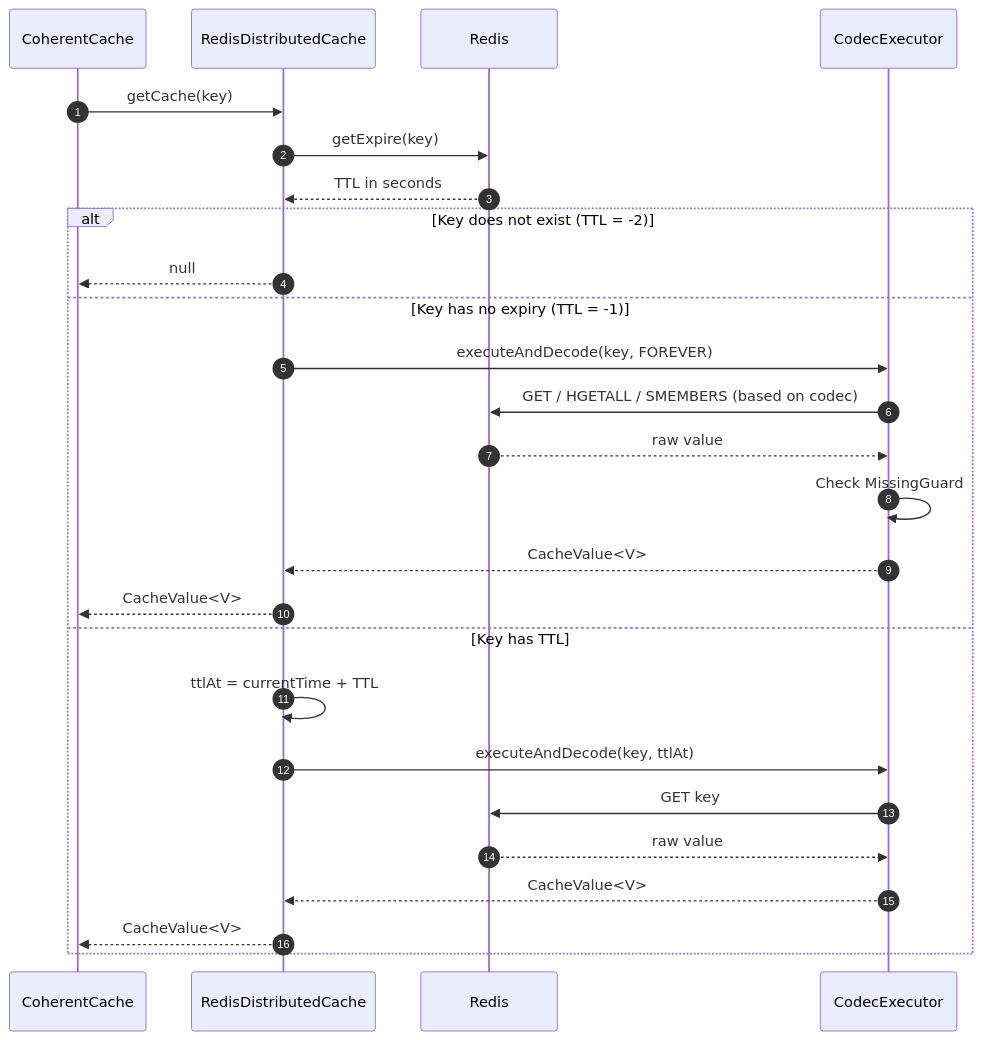
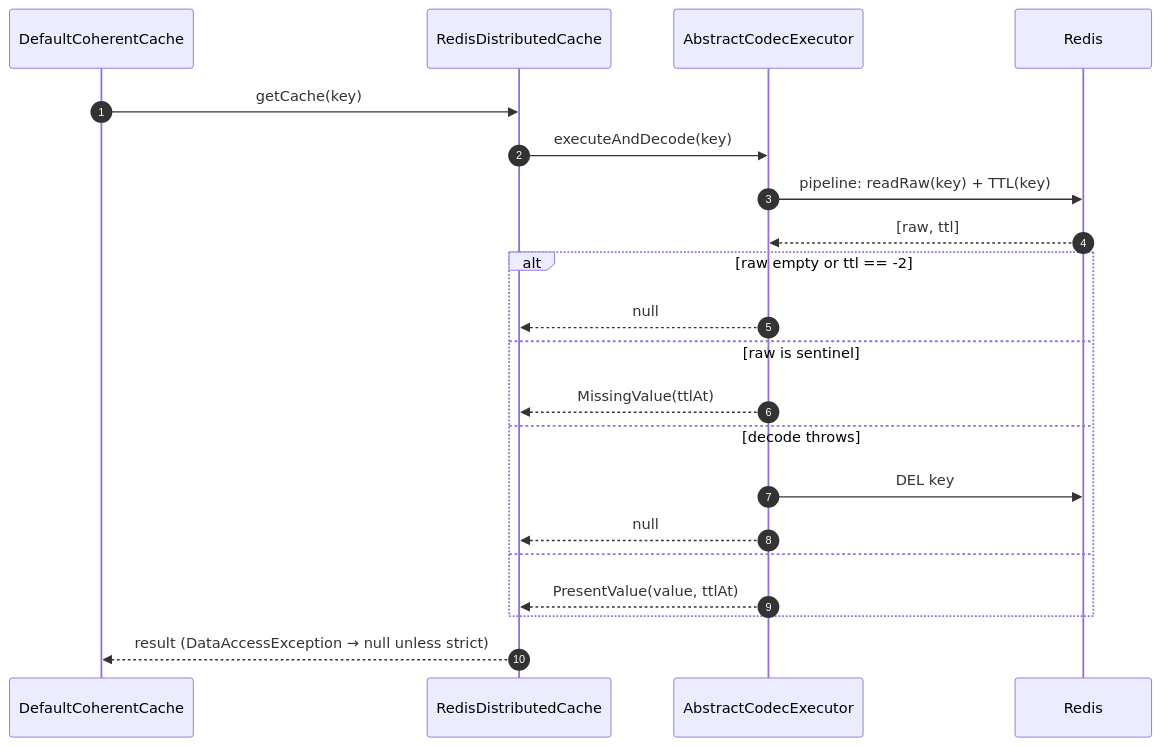
The second of 3 diagrams in wiki/modules/cocache-spring-redis.md (Ahoo-Wang/CoCache), drawn with Mermaid before and after one commit. The commit also changed other lines of this file and 74 other files, not shown here.

First line of the commit message:
docs: align docs, wiki and skills with the 5.0 architecture

````diff
--- a/wiki/modules/cocache-spring-redis.md
+++ b/wiki/modules/cocache-spring-redis.md
@@ -61,30 +51,24 @@
 ```mermaid
 sequenceDiagram
 autonumber
-    participant Caller as CoherentCache
+    participant CC as DefaultCoherentCache
     participant RDC as RedisDistributedCache
-    participant Redis as Redis
-    participant Codec as CodecExecutor
+    participant CE as AbstractCodecExecutor
+    participant R as Redis
 
-    Caller->>RDC: getCache(key)
-    RDC->>Redis: getExpire(key)
-    Redis-->>RDC: TTL in seconds
-
-    alt Key does not exist (TTL = -2)
-        RDC-->>Caller: null
-    else Key has no expiry (TTL = -1)
-        RDC->>Codec: executeAndDecode(key, FOREVER)
-        Codec->>Redis: GET / HGETALL / SMEMBERS (based on codec)
-        Redis-->>Codec: raw value
-        Codec->>Codec: Check MissingGuard
-        Codec-->>RDC: CacheValue<V>
-        RDC-->>Caller: CacheValue<V>
-    else Key has TTL
-        RDC->>RDC: ttlAt = currentTime + TTL
-        RDC->>Codec: executeAndDecode(key, ttlAt)
-        Codec->>Redis: GET key
-        Redis-->>Codec: raw value
-        Codec-->>RDC: CacheValue<V>
-        RDC-->>Caller: CacheValue<V>
+    CC->>RDC: getCache(key)
+    RDC->>CE: executeAndDecode(key)
+    CE->>R: pipeline: readRaw(key) + TTL(key)
+    R-->>CE: [raw, ttl]
+    alt raw empty or ttl == -2
+        CE-->>RDC: null
+    else raw is sentinel
+        CE-->>RDC: MissingValue(ttlAt)
+    else decode throws
+        CE->>R: DEL key
+        CE-->>RDC: null
+    else
+        CE-->>RDC: PresentValue(value, ttlAt)
     end
+    RDC-->>CC: result (DataAccessException → null unless strict)
 ```
````
